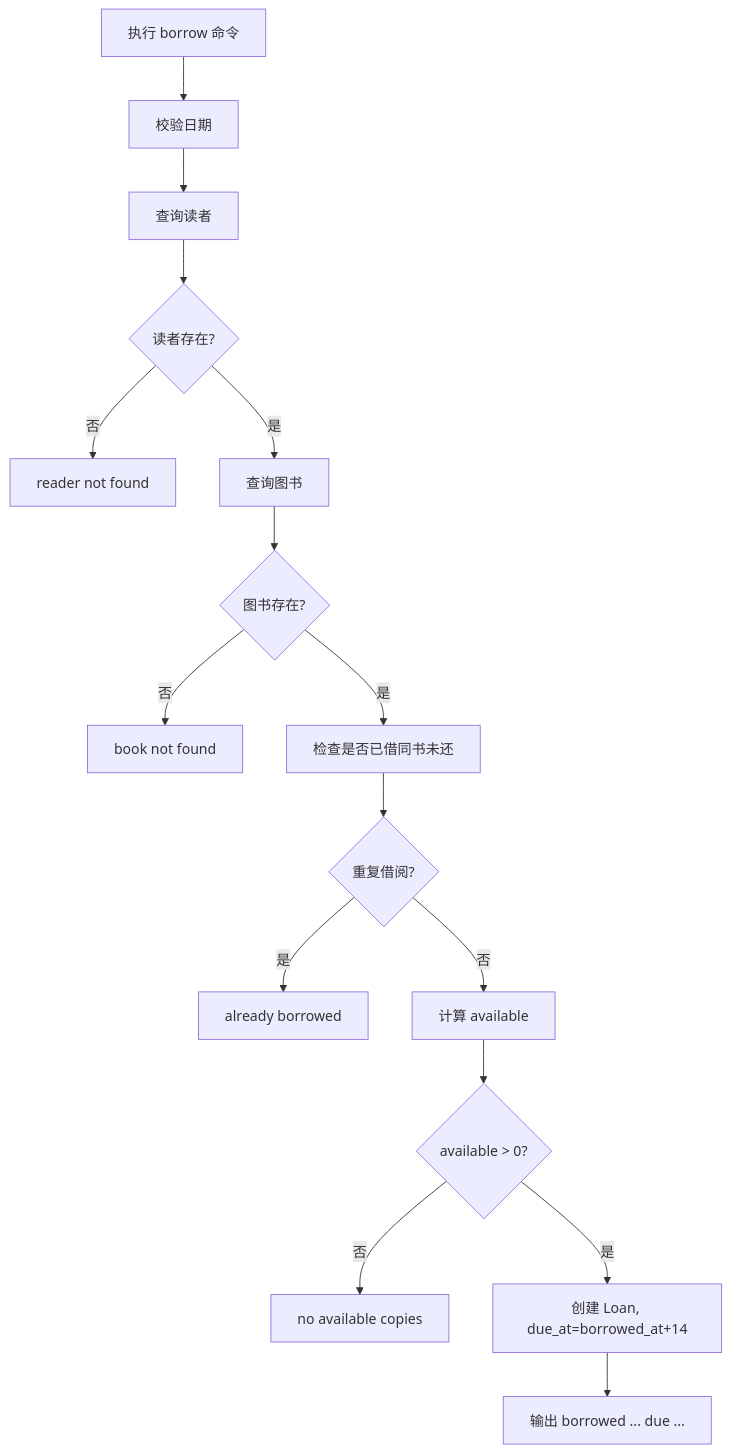
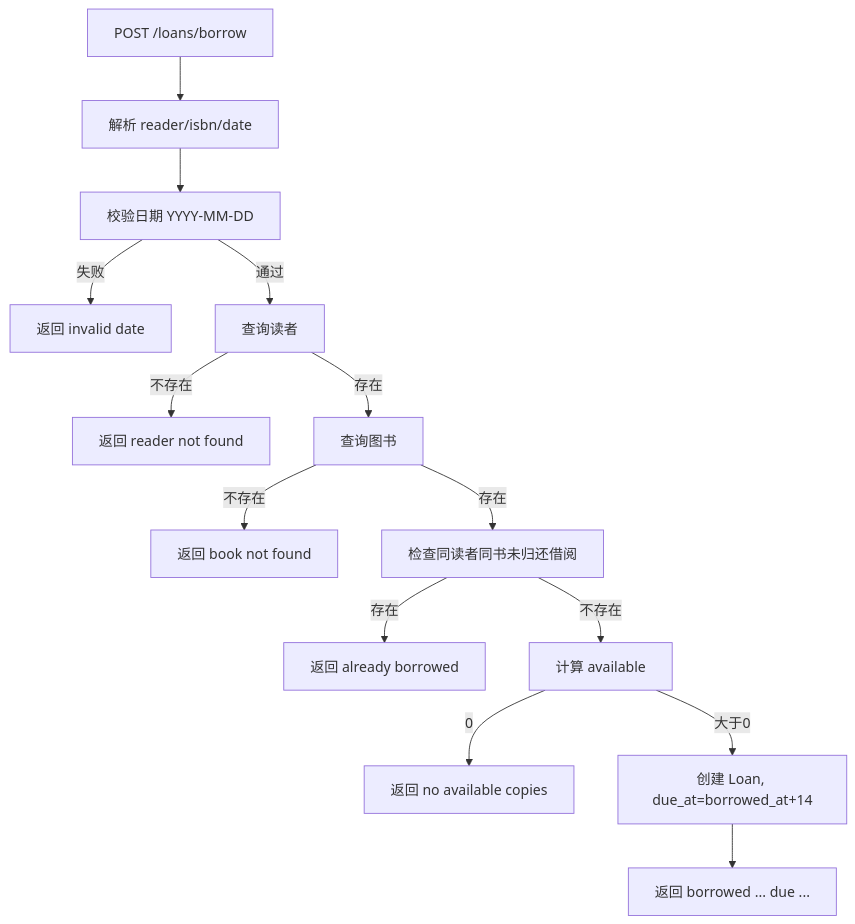
The third of 4 diagrams in benchmark/selfbuilt/cases/04_library_lending/input/design_model.md (JerryChen-USTB/CodeAgent), drawn with Mermaid before and after one commit. The commit also changed other lines of this file and 67 other files, not shown here.

````diff
--- a/benchmark/selfbuilt/cases/04_library_lending/input/design_model.md
+++ b/benchmark/selfbuilt/cases/04_library_lending/input/design_model.md
@@ -54,18 +141,16 @@
 ```mermaid
 flowchart TD
-    A["执行 borrow 命令"] --> B["校验日期"]
-    B --> C["查询读者"]
-    C --> D{"读者存在?"}
-    D -- "否" --> E["reader not found"]
-    D -- "是" --> F["查询图书"]
-    F --> G{"图书存在?"}
-    G -- "否" --> H["book not found"]
-    G -- "是" --> I["检查是否已借同书未还"]
-    I --> J{"重复借阅?"}
-    J -- "是" --> K["already borrowed"]
-    J -- "否" --> L["计算 available"]
-    L --> M{"available > 0?"}
-    M -- "否" --> N["no available copies"]
-    M -- "是" --> O["创建 Loan, due_at=borrowed_at+14"]
-    O --> P["输出 borrowed ... due ..."]
+    A["POST /loans/borrow"] --> B["解析 reader/isbn/date"]
+    B --> C["校验日期 YYYY-MM-DD"]
+    C -->|失败| E["返回 invalid date"]
+    C -->|通过| F["查询读者"]
+    F -->|不存在| G["返回 reader not found"]
+    F -->|存在| H["查询图书"]
+    H -->|不存在| I["返回 book not found"]
+    H -->|存在| J["检查同读者同书未归还借阅"]
+    J -->|存在| K["返回 already borrowed"]
+    J -->|不存在| L["计算 available"]
+    L -->|0| M["返回 no available copies"]
+    L -->|大于0| N["创建 Loan, due_at=borrowed_at+14"]
+    N --> O["返回 borrowed ... due ..."]
 ```
````
